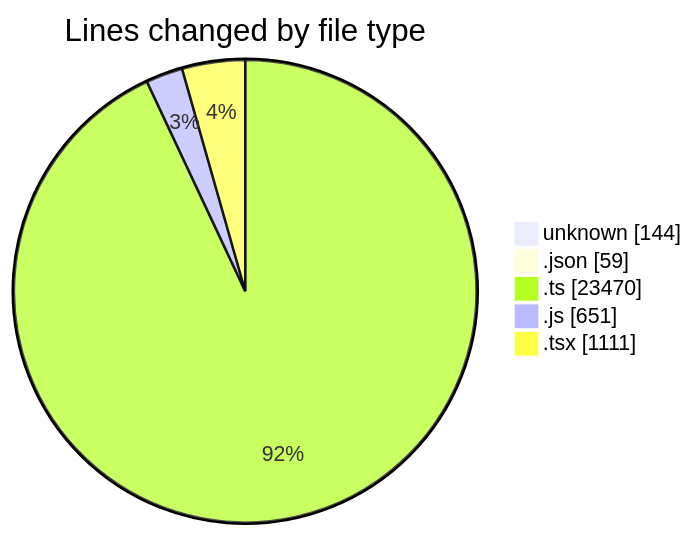
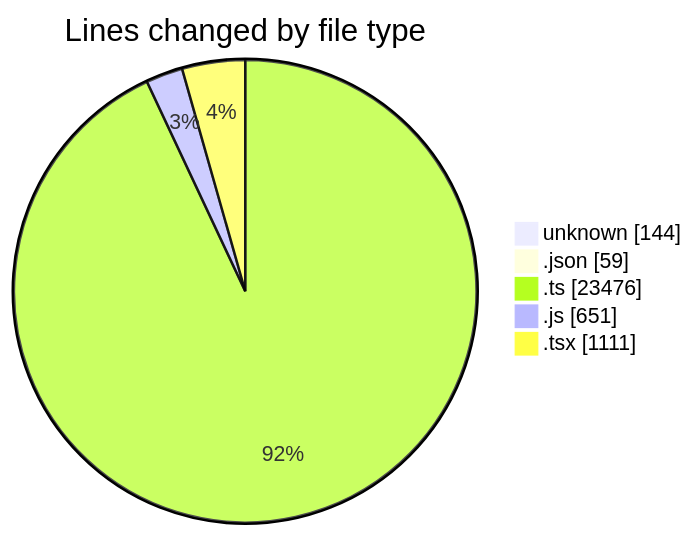
Before and after one commit to momahboobian/code-tracking: the first of 2 diagrams in 2025-11-13/cda/README.md, drawn with Mermaid. The commit also changed other lines of this file and 1 other file, not shown here.

````diff
--- a/2025-11-13/cda/README.md
+++ b/2025-11-13/cda/README.md
@@ -31,9 +31,9 @@
 ```mermaid
 pie showData
 title Lines changed by file type
 "unknown" : 144
 ".json" : 59
-".ts" : 23470
+".ts" : 23476
 ".js" : 651
 ".tsx" : 1111
 ```
````
